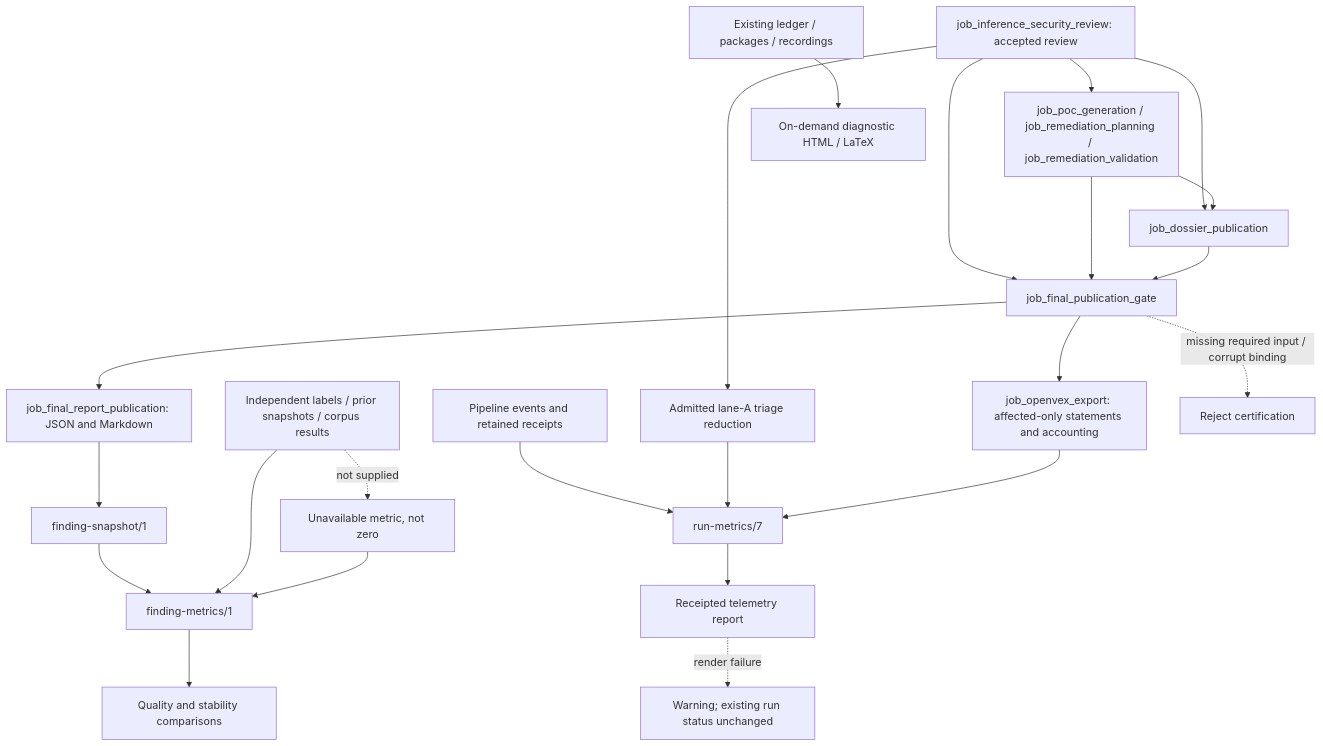
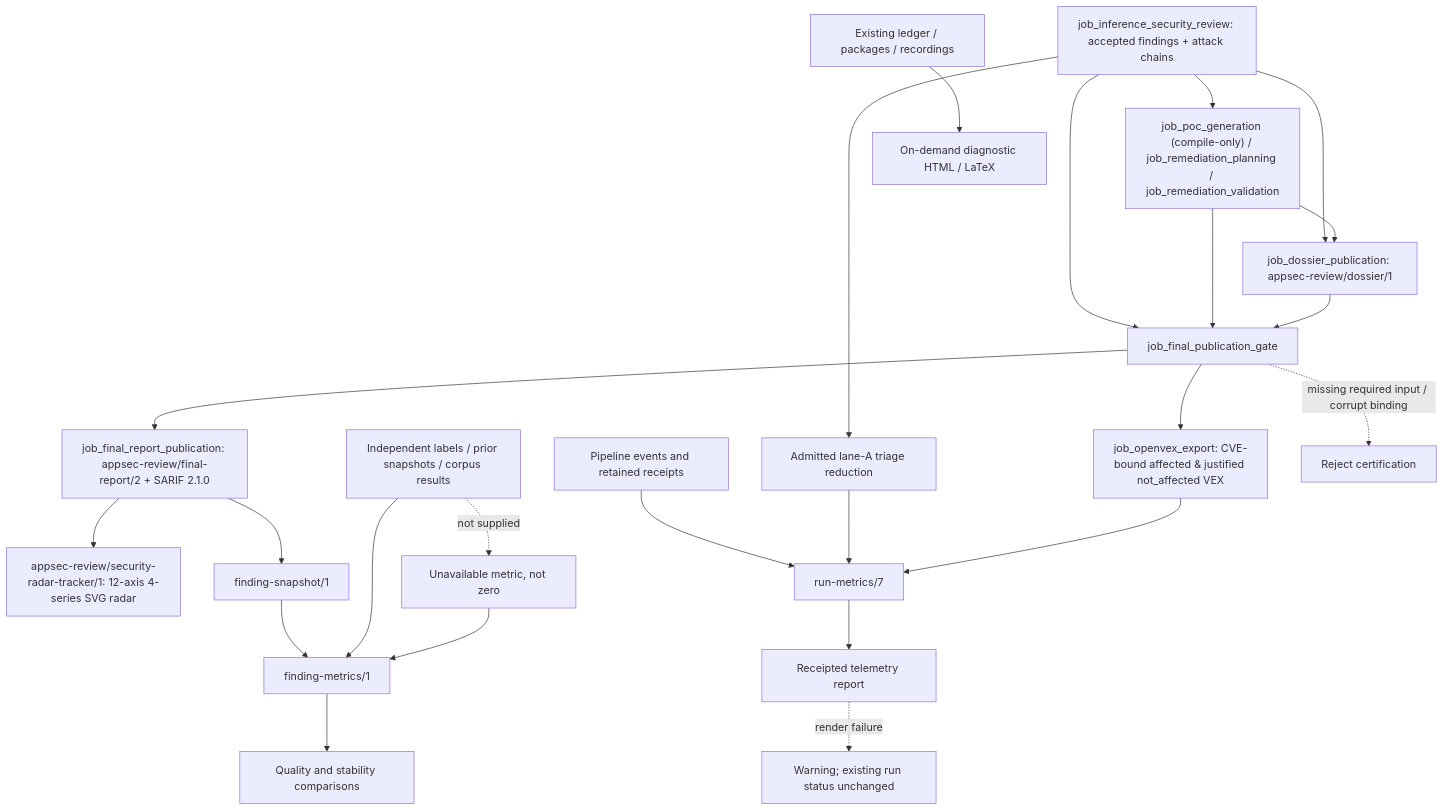
The diagram in docs/architecture/reporting-and-metrics.md (wsollers/appsec-review), drawn with Mermaid before and after one commit. The commit also changed other lines of this file and 45 other files, not shown here.

First line of the commit message:
docs: reconcile T-168..T-176 registries, architecture diagrams, and generated docs

````diff
--- a/docs/architecture/reporting-and-metrics.md
+++ b/docs/architecture/reporting-and-metrics.md
@@ -225,25 +242,26 @@
 ```mermaid
 flowchart TD
-  review["job_inference_security_review: accepted review"] --> engineering["job_poc_generation / job_remediation_planning / job_remediation_validation"]
-  review --> dossiers["job_dossier_publication"]
+  review["job_inference_security_review: accepted findings + attack chains"] --> engineering["job_poc_generation (compile-only) / job_remediation_planning / job_remediation_validation"]
+  review --> dossiers["job_dossier_publication: appsec-review/dossier/1"]
   engineering --> dossiers
   review --> gate["job_final_publication_gate"]
   engineering --> gate
   dossiers --> gate
-  gate --> report["job_final_report_publication: JSON and Markdown"]
-  gate --> vex["job_openvex_export: affected-only statements and accounting"]
+  gate --> report["job_final_report_publication: appsec-review/final-report/2 + SARIF 2.1.0"]
+  report --> radar["appsec-review/security-radar-tracker/1: 12-axis 4-series SVG radar"]
+  gate --> vex["job_openvex_export: CVE-bound affected & justified not_affected VEX"]
   report --> snapshot["finding-snapshot/1"]
   snapshot --> scorecard["finding-metrics/1"]
   independent["Independent labels / prior snapshots / corpus results"] --> scorecard
   scorecard --> trends["Quality and stability comparisons"]
   events["Pipeline events and retained receipts"] --> metrics["run-metrics/7"]
   review --> triage["Admitted lane-A triage reduction"]
   triage --> metrics
   vex --> metrics
   metrics --> telemetry["Receipted telemetry report"]
   diagnostic["Existing ledger / packages / recordings"] --> view["On-demand diagnostic HTML / LaTeX"]
   gate -. "missing required input / corrupt binding" .-> reject["Reject certification"]
   independent -. "not supplied" .-> unknown["Unavailable metric, not zero"]
   unknown --> scorecard
   telemetry -. "render failure" .-> warning["Warning; existing run status unchanged"]
 ```
````
